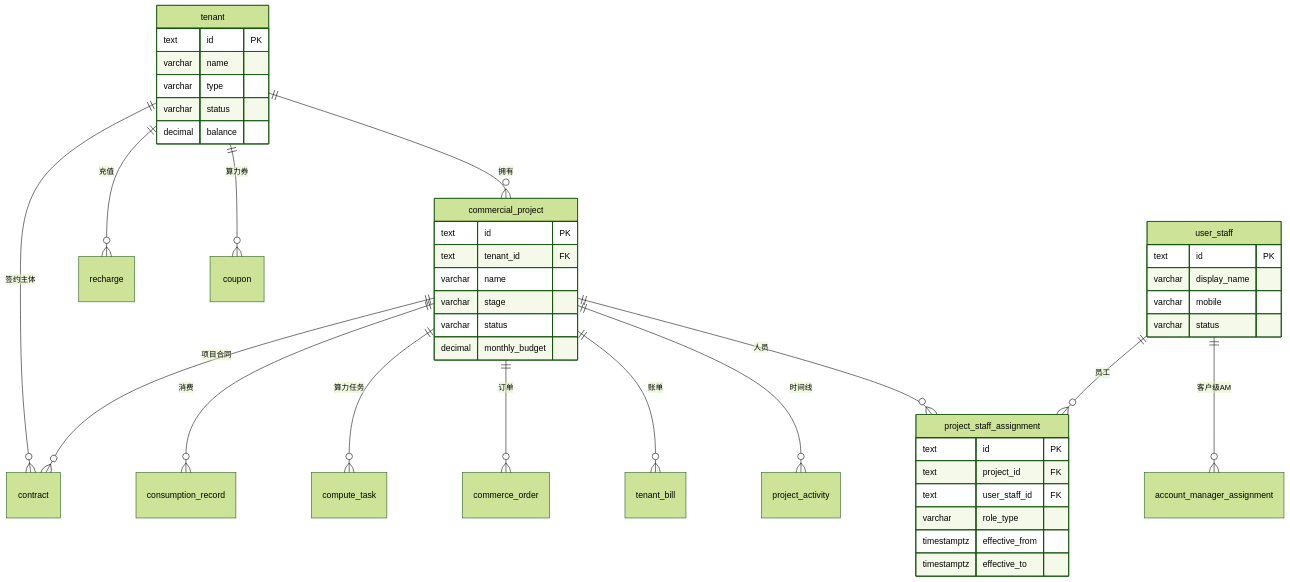
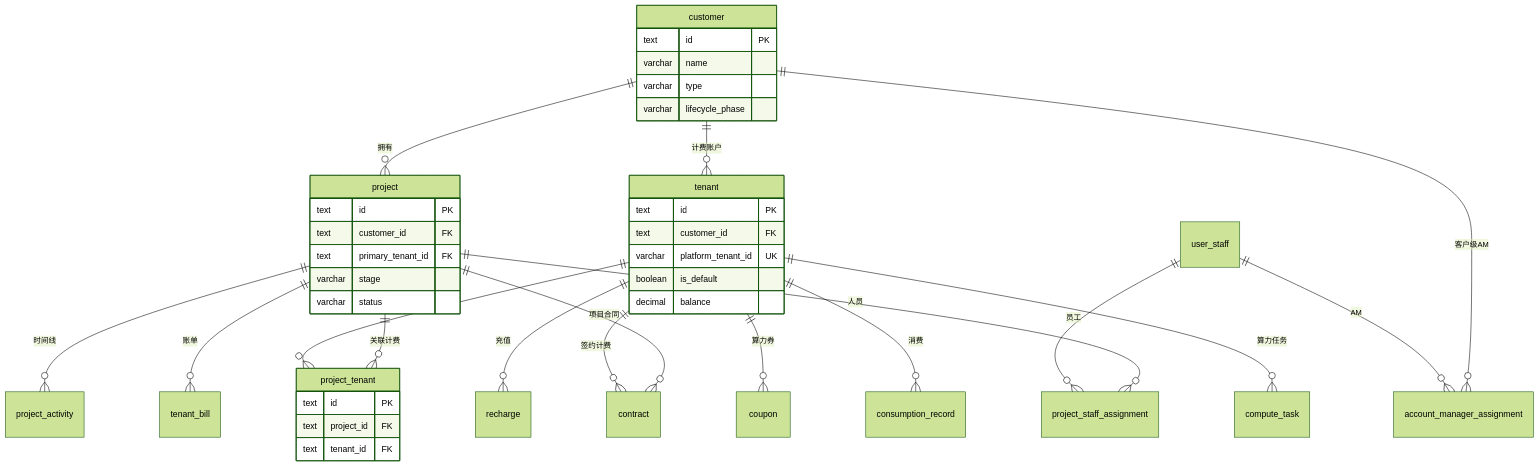
The first of 3 diagrams in apps/web/content/design/crm-database.md (metacode0602/opencomfy-hub), drawn with Mermaid (forest theme) before and after one commit. The commit also changed other lines of this file and 26 other files, not shown here.

Commit message:
feat(apps-web): change tenant pages to customer pages

````diff
--- a/apps/web/content/design/crm-database.md
+++ b/apps/web/content/design/crm-database.md
@@ -517,49 +653,48 @@
 ```mermaid
 erDiagram
-  tenant ||--o{ commercial_project : "拥有"
+  customer ||--o{ project : "拥有"
+  customer ||--o{ tenant : "计费账户"
+  customer ||--o{ account_manager_assignment : "客户级AM"
   tenant ||--o{ recharge : "充值"
   tenant ||--o{ coupon : "算力券"
-  tenant ||--o{ contract : "签约主体"
-  commercial_project ||--o{ contract : "项目合同"
-  commercial_project ||--o{ consumption_record : "消费"
-  commercial_project ||--o{ compute_task : "算力任务"
-  commercial_project ||--o{ commerce_order : "订单"
-  commercial_project ||--o{ tenant_bill : "账单"
-  commercial_project ||--o{ project_activity : "时间线"
-  commercial_project ||--o{ project_staff_assignment : "人员"
+  tenant ||--o{ consumption_record : "消费"
+  tenant ||--o{ compute_task : "算力任务"
+  project ||--o{ project_tenant : "关联计费"
+  tenant ||--o{ project_tenant : ""
+  project ||--o{ contract : "项目合同"
+  tenant ||--o{ contract : "签约计费"
+  project ||--o{ project_activity : "时间线"
+  project ||--o{ project_staff_assignment : "人员"
+  project ||--o{ tenant_bill : "账单"
   user_staff ||--o{ project_staff_assignment : "员工"
-  user_staff ||--o{ account_manager_assignment : "客户级AM"
+  user_staff ||--o{ account_manager_assignment : "AM"
+
+  customer {
+    text id PK
+    varchar name
+    varchar type
+    varchar lifecycle_phase
+  }
 
   tenant {
     text id PK
-    varchar name
-    varchar type
-    varchar status
+    text customer_id FK
+    varchar platform_tenant_id UK
+    boolean is_default
     decimal balance
   }
 
-  commercial_project {
+  project {
     text id PK
-    text tenant_id FK
-    varchar name
+    text customer_id FK
+    text primary_tenant_id FK
     varchar stage
     varchar status
-    decimal monthly_budget
   }
 
-  project_staff_assignment {
+  project_tenant {
     text id PK
     text project_id FK
-    text user_staff_id FK
-    varchar role_type
-    timestamptz effective_from
-    timestamptz effective_to
-  }
-
-  user_staff {
-    text id PK
-    varchar display_name
-    varchar mobile
-    varchar status
+    text tenant_id FK
   }
 ```
````
